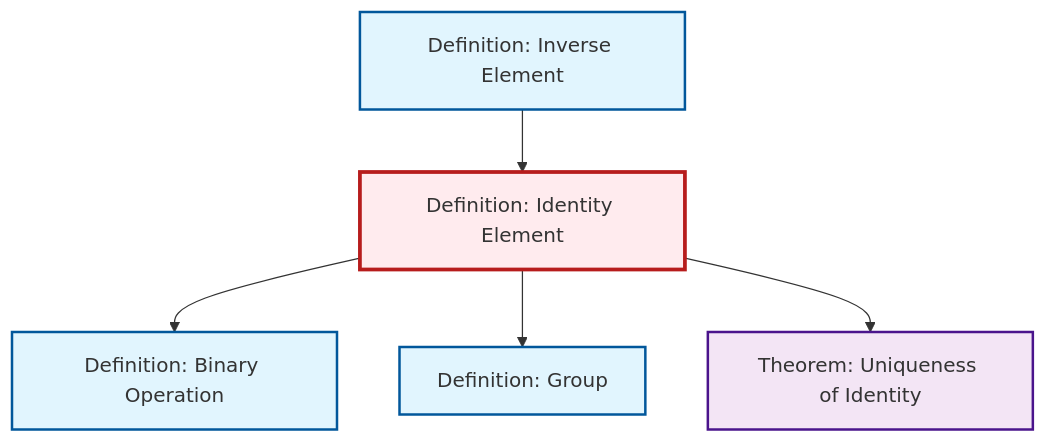
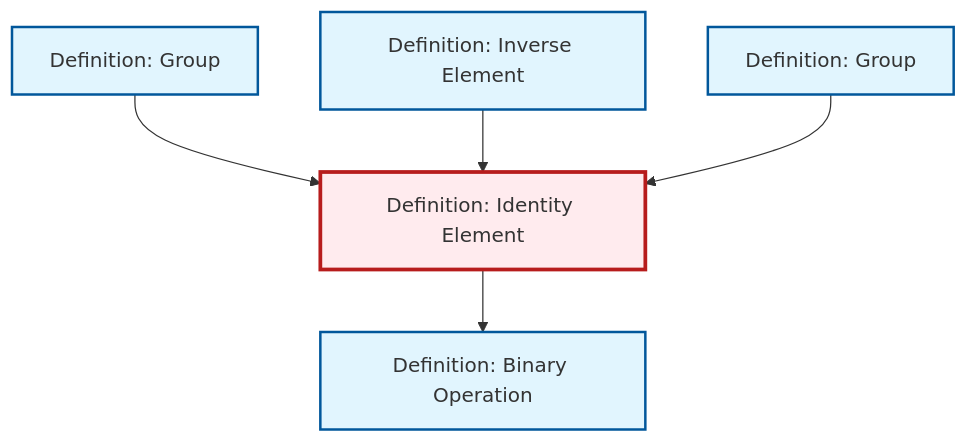
The diagram in content/ja/algebra/def-identity-element.qmd (RK0429/ModernMath), drawn with Mermaid before and after one commit. The commit also changed 511 other files, not shown here.

````diff
--- a/content/ja/algebra/def-identity-element.qmd
+++ b/content/ja/algebra/def-identity-element.qmd
@@ -81,24 +81,19 @@
 ```{mermaid}
 %%| fig-cap: "Local dependency graph"
 graph TD
     classDef definition fill:#e1f5fe,stroke:#01579b,stroke-width:2px
     classDef theorem fill:#f3e5f5,stroke:#4a148c,stroke-width:2px
     classDef axiom fill:#fff3e0,stroke:#e65100,stroke-width:2px
     classDef example fill:#e8f5e9,stroke:#1b5e20,stroke-width:2px
     classDef current fill:#ffebee,stroke:#b71c1c,stroke-width:3px
+    def-identity-element["Definition: Identity Element"]:::definition
+    def-inverse-element["Definition: Inverse Element"]:::definition
+    def-binary-operation["Definition: Binary Operation"]:::definition
     def-group["Definition: Group"]:::definition
-    def-identity-element["Definition: Identity Element"]:::definition
-    def-binary-operation["Definition: Binary Operation"]:::definition
-    def-inverse-element["Definition: Inverse Element"]:::definition
-    thm-unique-identity["Theorem: Uniqueness of Identity"]:::theorem
+    def-group-example["Definition: Group"]:::definition
+    def-group-example --> def-identity-element
     def-inverse-element --> def-identity-element
     def-identity-element --> def-binary-operation
-    def-identity-element --> def-group
-    def-identity-element --> thm-unique-identity
+    def-group --> def-identity-element
     class def-identity-element current
-
-    click def-group "def-group.html" "Definition: Groupへ"
-    click def-binary-operation "def-binary-operation.html" "Definition: Binary Operationへ"
-    click def-inverse-element "def-inverse-element.html" "Definition: Inverse Elementへ"
-    click thm-unique-identity "thm-unique-identity.html" "Theorem: Uniqueness of Identityへ"
 ```
````
